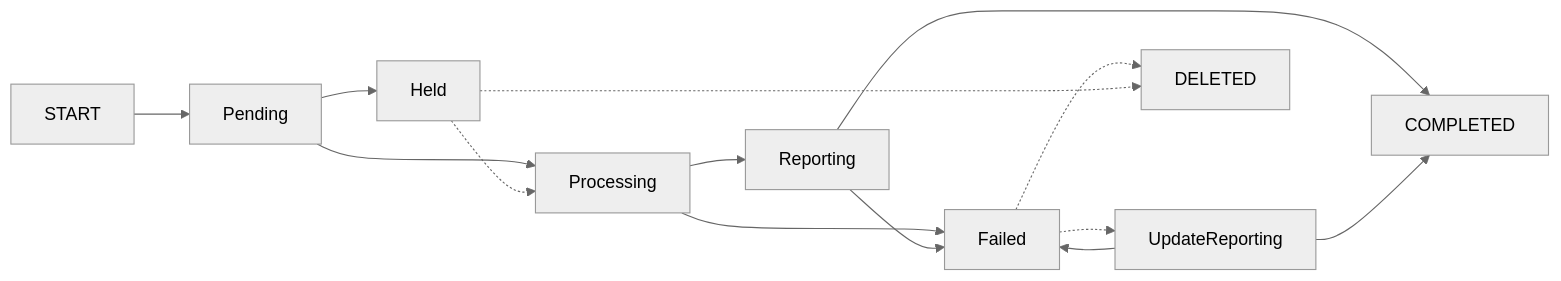
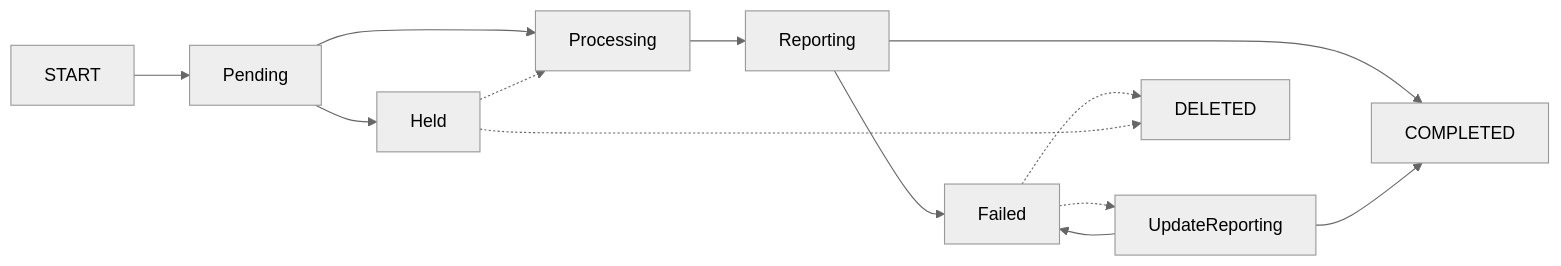
The diagram in design/queue-2023/states.md (CDLUC3/mrt-doc), drawn with Mermaid (neutral theme) before and after one commit.

````diff
--- a/design/queue-2023/states.md
+++ b/design/queue-2023/states.md
@@ -9,16 +9,17 @@
 ```mermaid
 graph LR
   START --> Pending
   Pending --> Held
   Pending --> Processing
   Held -.-> Processing
-  Processing --> Failed
   Processing --> Reporting
   Reporting --> COMPLETED
   Reporting --> Failed
   Failed -.-> UpdateReporting
   UpdateReporting --> Failed
   UpdateReporting --> COMPLETED
   Failed -.-> DELETED
   Held -.-> DELETED
+
+  click Held unDefinedCallback "tooltip for Held"
 ```
````
